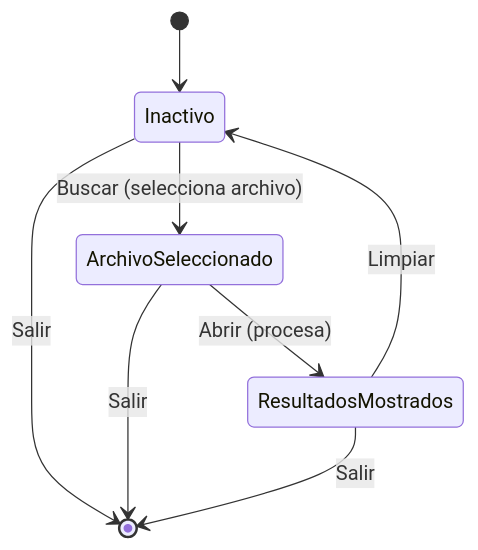
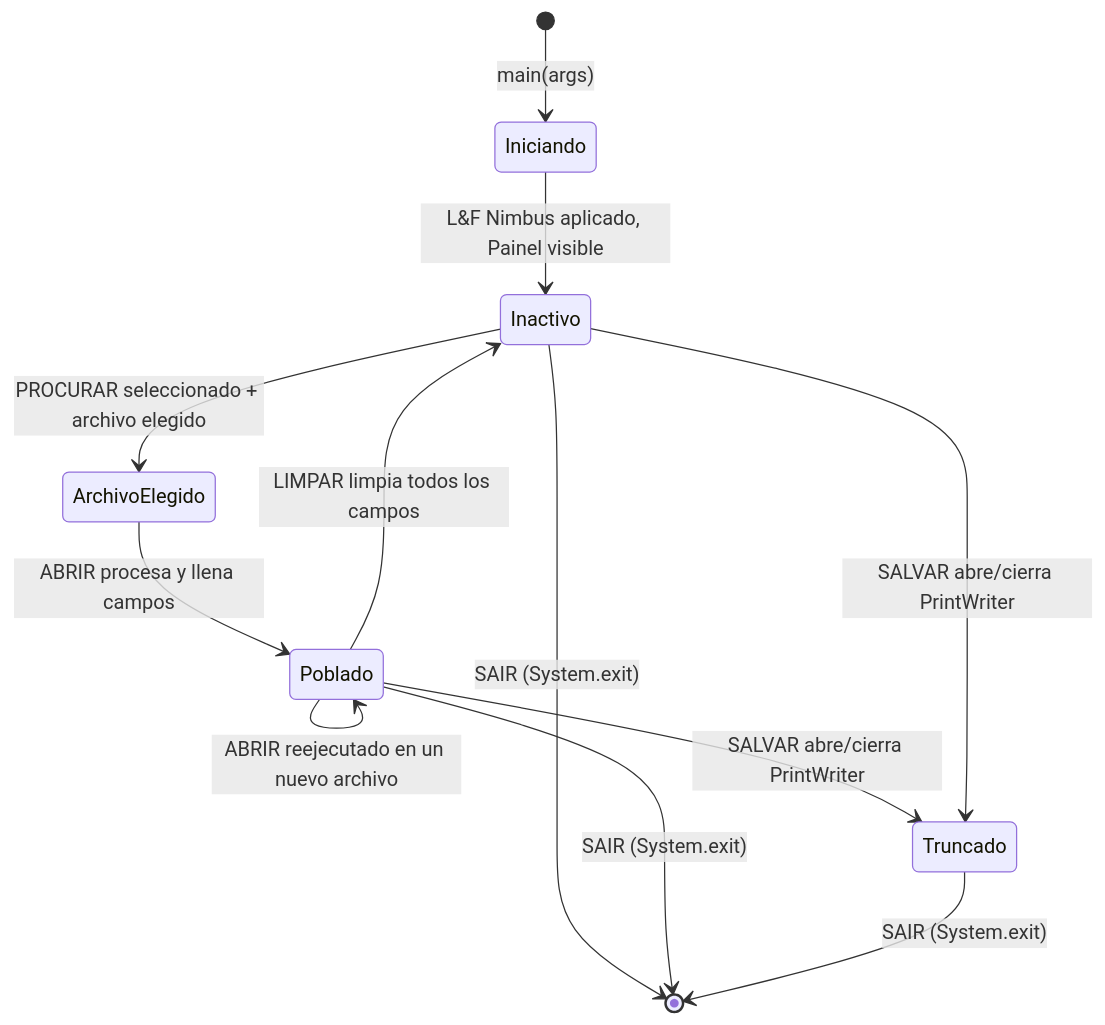
The seventh of 9 diagrams in README_ES.md (VictorHJSantiago/leitor_de_arquivo_csv), drawn with Mermaid before and after one commit. The commit also changed other lines of this file and 2 other files, not shown here.

````diff
--- a/README_ES.md
+++ b/README_ES.md
@@ -365,10 +652,14 @@
 ```mermaid
 stateDiagram-v2
-    [*] --> Inactivo
-    Inactivo --> ArchivoSeleccionado : Buscar (selecciona archivo)
-    ArchivoSeleccionado --> ResultadosMostrados : Abrir (procesa)
-    ResultadosMostrados --> Inactivo : Limpiar
-    Inactivo --> [*] : Salir
-    ArchivoSeleccionado --> [*] : Salir
-    ResultadosMostrados --> [*] : Salir
+    [*] --> Iniciando: main(args)
+    Iniciando --> Inactivo: L&F Nimbus aplicado, Painel visible
+    Inactivo --> ArchivoElegido: PROCURAR seleccionado + archivo elegido
+    ArchivoElegido --> Poblado: ABRIR procesa y llena campos
+    Poblado --> Inactivo: LIMPAR limpia todos los campos
+    Poblado --> Poblado: ABRIR reejecutado en un nuevo archivo
+    Poblado --> Truncado: SALVAR abre/cierra PrintWriter
+    Inactivo --> Truncado: SALVAR abre/cierra PrintWriter
+    Inactivo --> [*]: SAIR (System.exit)
+    Poblado --> [*]: SAIR (System.exit)
+    Truncado --> [*]: SAIR (System.exit)
 ```
````
